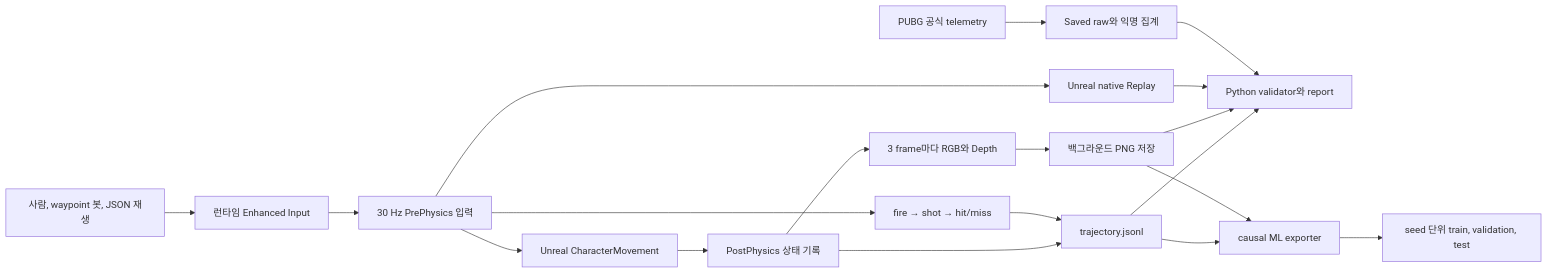
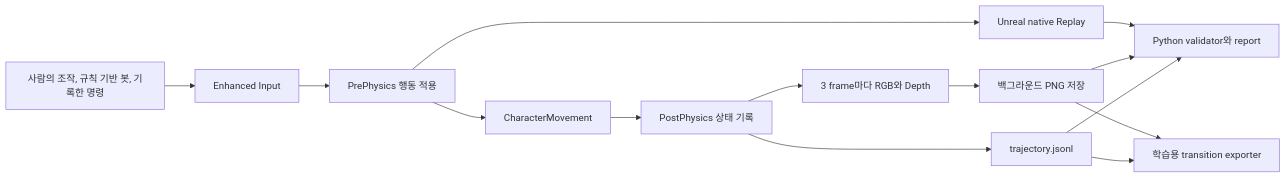
One commit to NearthYou/URLab changed the diagram in README.md. Above: the diagram before and after it, drawn with Mermaid. The commit also changed other lines of this file, not shown here.

````diff
--- a/README.md
+++ b/README.md
@@ -79,21 +64,16 @@
 ```mermaid
 flowchart LR
-    A["사람, waypoint 봇, JSON 재생"] --> B["런타임 Enhanced Input"]
-    B --> C["30 Hz PrePhysics 입력"]
-    C --> D["Unreal CharacterMovement"]
+    A["사람의 조작, 규칙 기반 봇, 기록한 명령"] --> B["Enhanced Input"]
+    B --> C["PrePhysics 행동 적용"]
+    C --> D["CharacterMovement"]
     D --> E["PostPhysics 상태 기록"]
     E --> F["trajectory.jsonl"]
-    C --> K["fire → shot → hit/miss"]
-    K --> F
     E --> G["3 frame마다 RGB와 Depth"]
     G --> H["백그라운드 PNG 저장"]
     C --> I["Unreal native Replay"]
     F --> J["Python validator와 report"]
     H --> J
     I --> J
-    F --> N["causal ML exporter"]
-    H --> N
-    N --> O["seed 단위 train, validation, test"]
-    L["PUBG 공식 telemetry"] --> M["Saved raw와 익명 집계"]
-    M --> J
+    F --> K["학습용 transition exporter"]
+    H --> K
 ```
````
